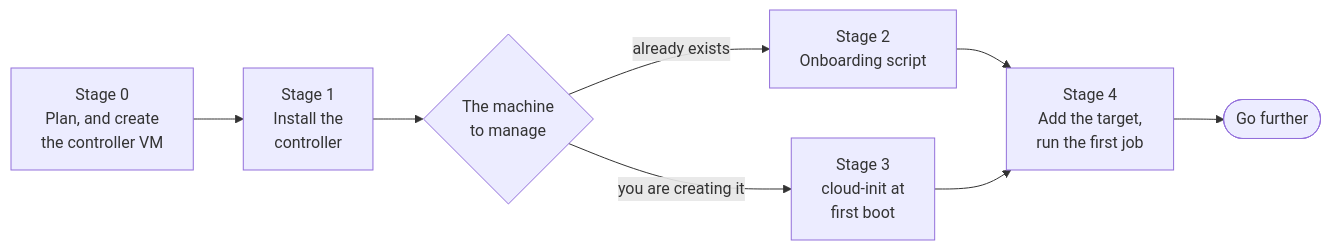
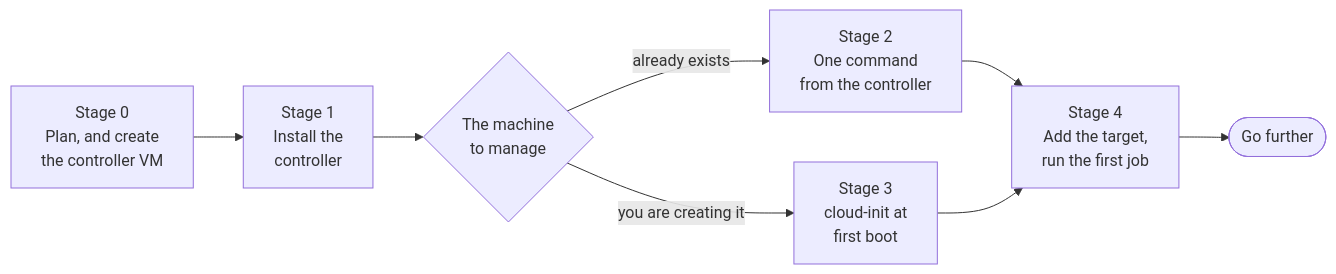
One commit to kevo099/ansible-semaphore-guide changed the second of 2 diagrams in README.md. Above: the diagram before and after it, drawn with Mermaid. The commit also changed other lines of this file and 19 other files, not shown here.

````diff
--- a/README.md
+++ b/README.md
@@ -40,10 +40,10 @@
 ```mermaid
 flowchart LR
     s0["Stage 0<br/>Plan, and create<br/>the controller VM"] --> s1["Stage 1<br/>Install the<br/>controller"]
     s1 --> q{"The machine<br/>to manage"}
-    q -- "already exists" --> s2["Stage 2<br/>Onboarding script"]
+    q -- "already exists" --> s2["Stage 2<br/>One command<br/>from the controller"]
     q -- "you are creating it" --> s3["Stage 3<br/>cloud-init at<br/>first boot"]
     s2 --> s4["Stage 4<br/>Add the target,<br/>run the first job"]
     s3 --> s4
     s4 --> more(["Go further"])
 ```
````
